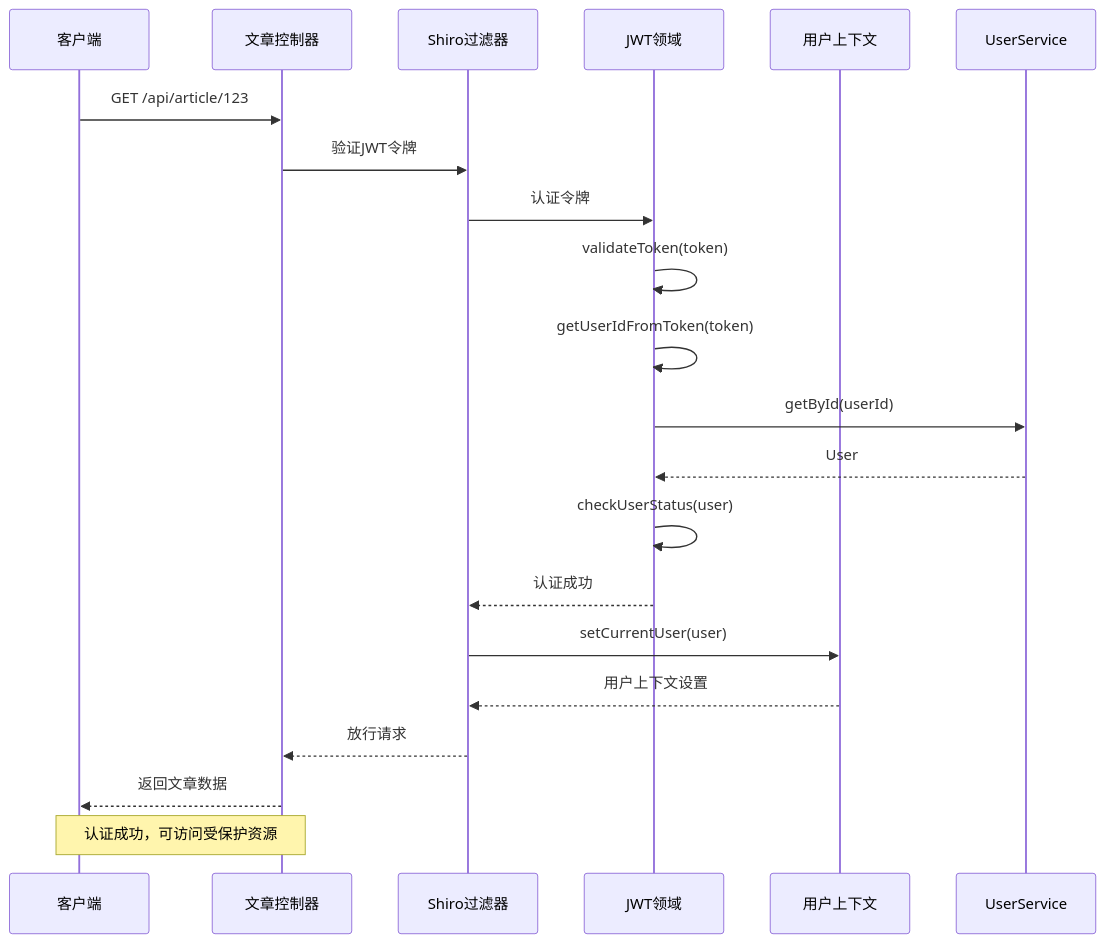
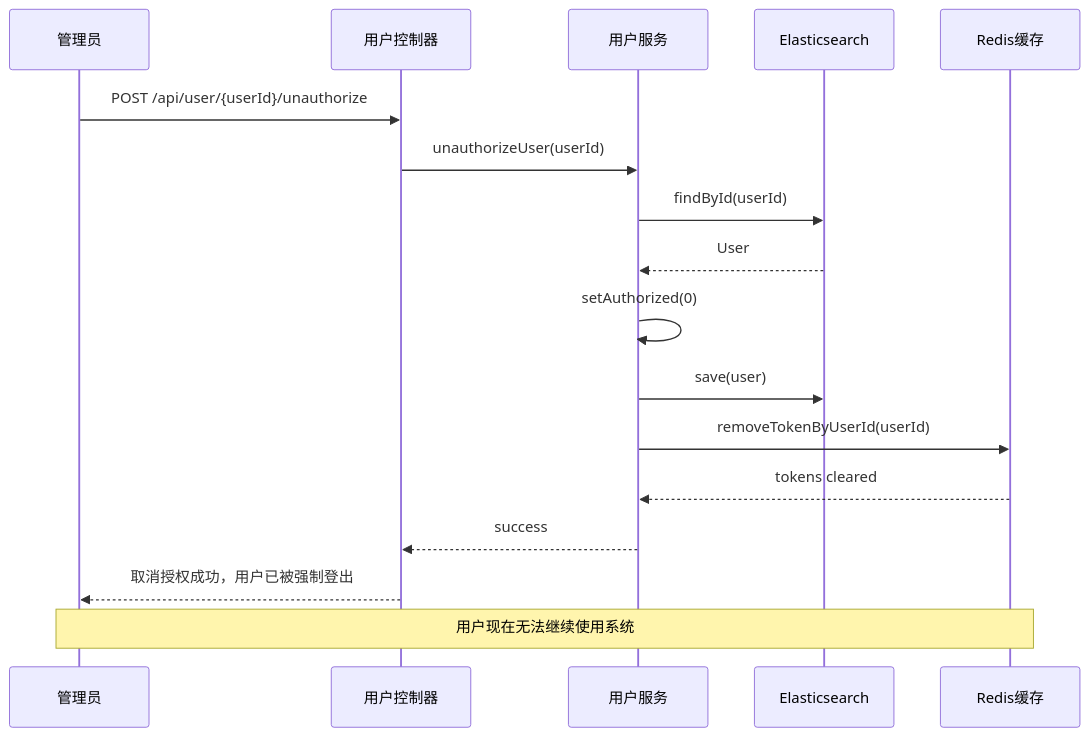
Before and after one commit to 20164206160/zhishilu: diagram 18 of 19 in .qoder/repowiki/zh/content/用户管理系统/用户管理系统.md, drawn with Mermaid. The commit also changed other lines of this file and 11 other files, not shown here.

````diff
--- a/.qoder/repowiki/zh/content/用户管理系统/用户管理系统.md
+++ b/.qoder/repowiki/zh/content/用户管理系统/用户管理系统.md
@@ -661,22 +953,19 @@
 ```mermaid
 sequenceDiagram
-participant Client as 客户端
-participant ArticleCtrl as 文章控制器
-participant ShiroFilter as Shiro过滤器
-participant JwtRealm as JWT领域
-participant UserContext as 用户上下文
-Client->>ArticleCtrl : GET /api/article/123
-ArticleCtrl->>ShiroFilter : 验证JWT令牌
-ShiroFilter->>JwtRealm : 认证令牌
-JwtRealm->>JwtRealm : validateToken(token)
-JwtRealm->>JwtRealm : getUserIdFromToken(token)
-JwtRealm->>UserService : getById(userId)
-UserService-->>JwtRealm : User
-JwtRealm->>JwtRealm : checkUserStatus(user)
-JwtRealm-->>ShiroFilter : 认证成功
-ShiroFilter->>UserContext : setCurrentUser(user)
-UserContext-->>ShiroFilter : 用户上下文设置
-ShiroFilter-->>ArticleCtrl : 放行请求
-ArticleCtrl-->>Client : 返回文章数据
-Note over Client,ArticleCtrl : 认证成功，可访问受保护资源
+participant Admin as 管理员
+participant UserController as 用户控制器
+participant UserService as 用户服务
+participant ES as Elasticsearch
+participant Redis as Redis缓存
+Admin->>UserController : POST /api/user/{userId}/unauthorize
+UserController->>UserService : unauthorizeUser(userId)
+UserService->>ES : findById(userId)
+ES-->>UserService : User
+UserService->>UserService : setAuthorized(0)
+UserService->>ES : save(user)
+UserService->>Redis : removeTokenByUserId(userId)
+Redis-->>UserService : tokens cleared
+UserService-->>UserController : success
+UserController-->>Admin : 取消授权成功，用户已被强制登出
+Note over Admin,Redis : 用户现在无法继续使用系统
 ```
````
